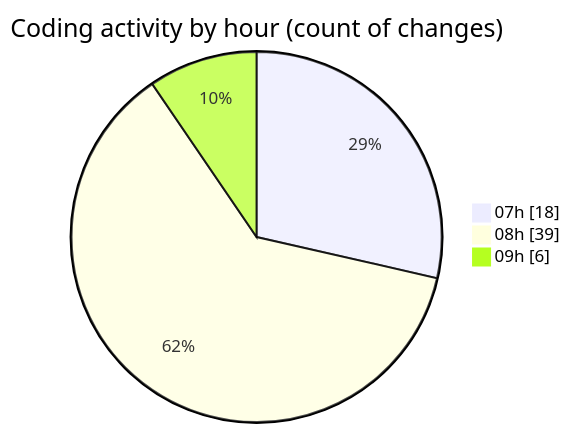
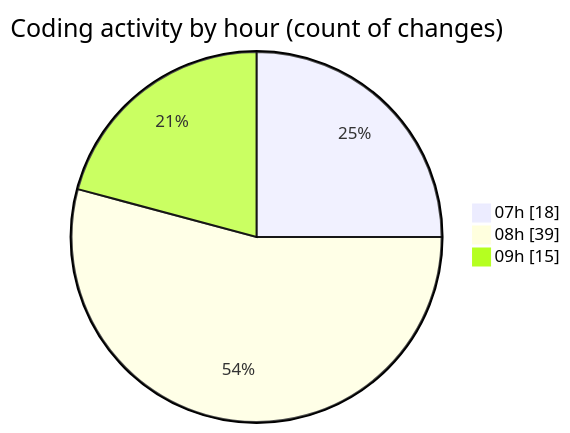
One commit to momahboobian/code-tracking changed the second of 2 diagrams in 2026-08-21/cda/README.md. Above: the diagram before and after it, drawn with Mermaid. The commit also changed other lines of this file and 1 other file, not shown here.

````diff
--- a/2026-08-21/cda/README.md
+++ b/2026-08-21/cda/README.md
@@ -45,7 +49,7 @@
 ```mermaid
 pie showData
 title Coding activity by hour (count of changes)
 "07h" : 18
 "08h" : 39
-"09h" : 6
+"09h" : 15
 ```
````
